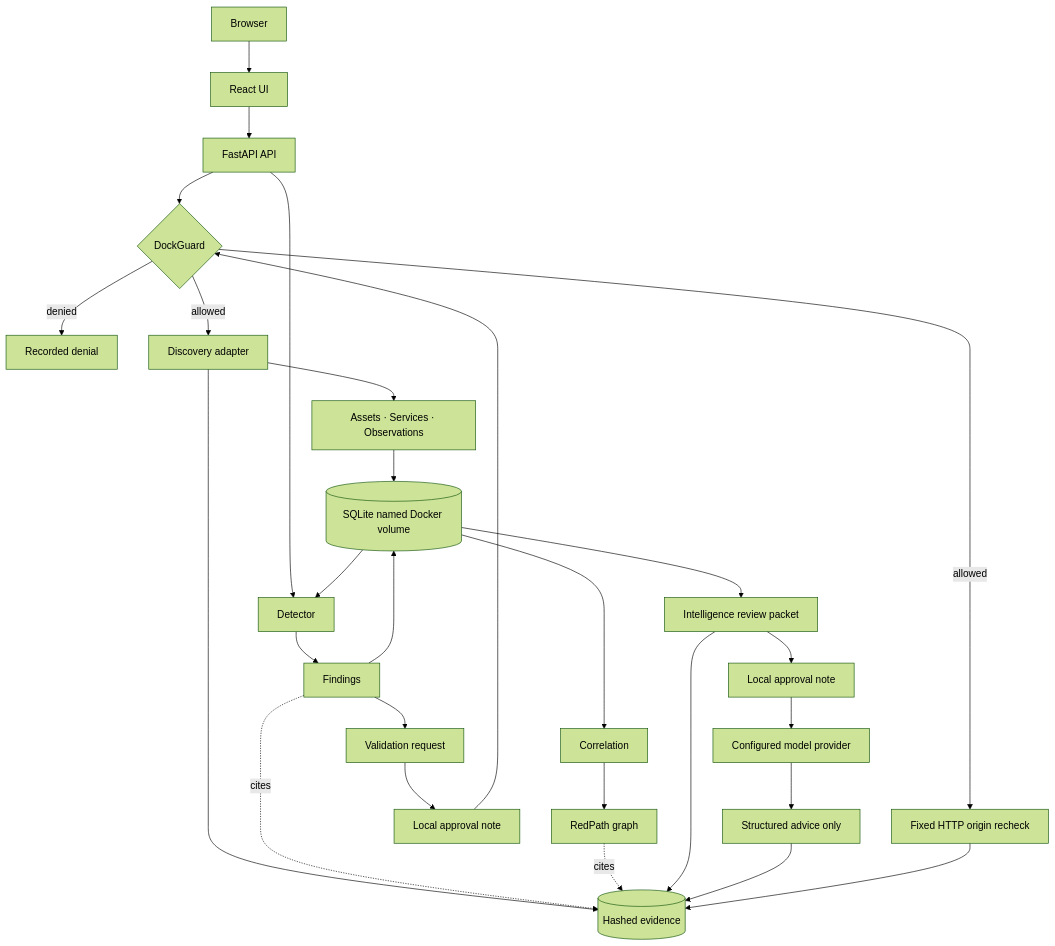
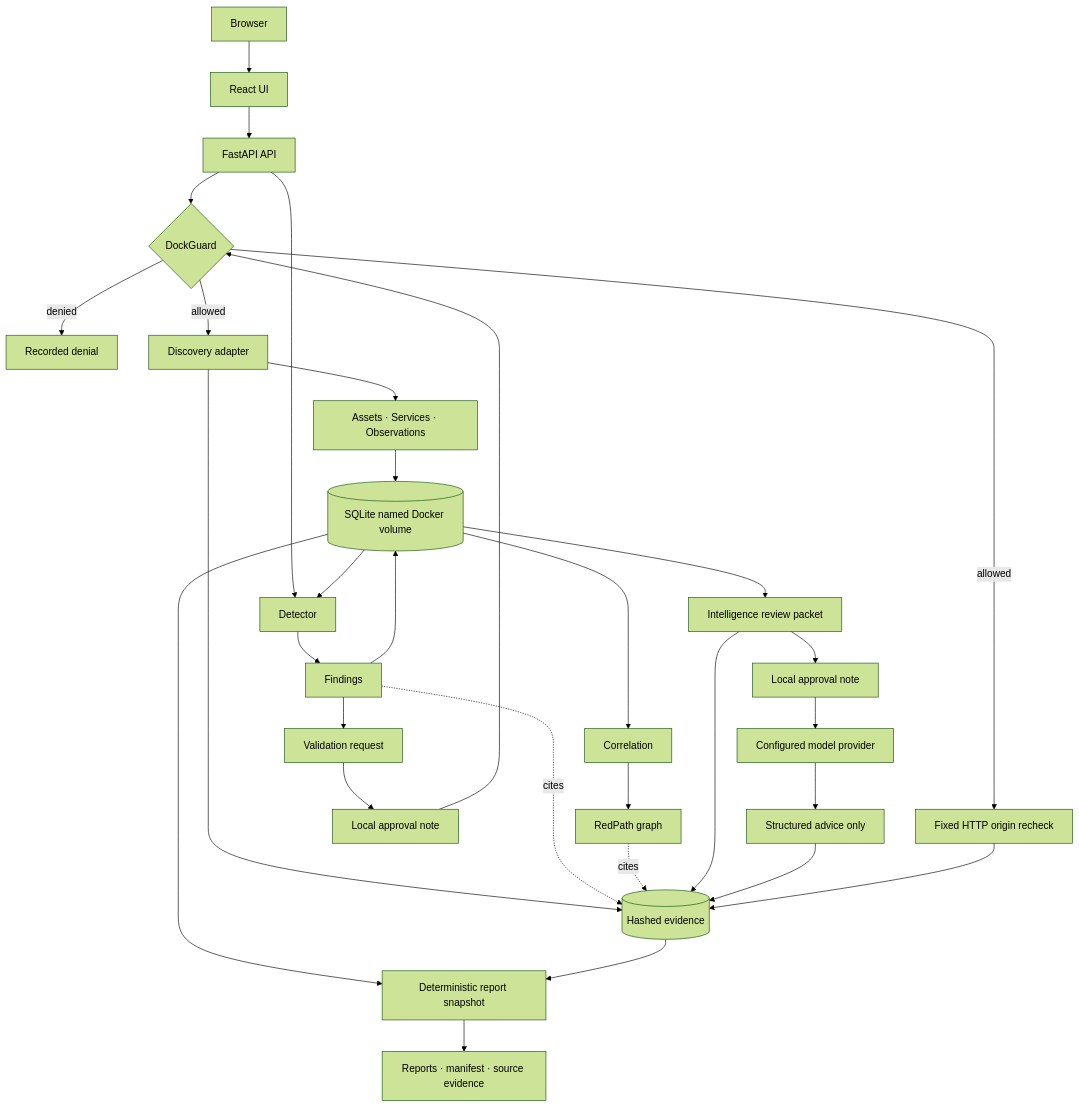
Before and after one commit to chriswayneh/RedDock: the diagram in README.md, drawn with Mermaid (forest theme). The commit also changed other lines of this file and 12 other files, not shown here.

````diff
--- a/README.md
+++ b/README.md
@@ -133,30 +149,33 @@
 ```mermaid
 flowchart TB
   Browser[Browser] --> UI[React UI]
   UI --> API[FastAPI API]
   API --> Guard{DockGuard}
   Guard -->|denied| Audit[Recorded denial]
   Guard -->|allowed| Adapter[Discovery adapter]
   Adapter --> Normalize[Assets · Services · Observations]
   Normalize --> Database[(SQLite named Docker volume)]
   Adapter --> Evidence[(Hashed evidence)]
   API --> Detect[Detector]
   Database --> Detect
   Detect --> Findings[Findings]
   Findings --> Database
   Findings -.cites.-> Evidence
   Database --> Correlate[Correlation]
   Correlate --> RedPath[RedPath graph]
   RedPath -.cites.-> Evidence
   Database --> Packet[Intelligence review packet]
   Packet --> Approval2[Local approval note]
   Approval2 --> Model[Configured model provider]
   Model --> Advice[Structured advice only]
   Packet --> Evidence
   Advice --> Evidence
+  Database --> Report[Deterministic report snapshot]
+  Evidence --> Report
+  Report --> DockPack[Reports · manifest · source evidence]
   Findings --> Request[Validation request]
   Request --> Approval[Local approval note]
   Approval --> Guard
   Guard -->|allowed| Recheck[Fixed HTTP origin recheck]
   Recheck --> Evidence
 ```
````
